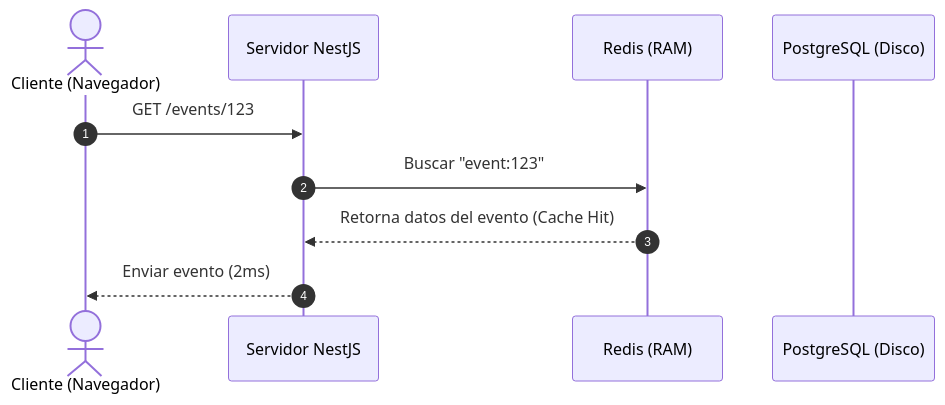
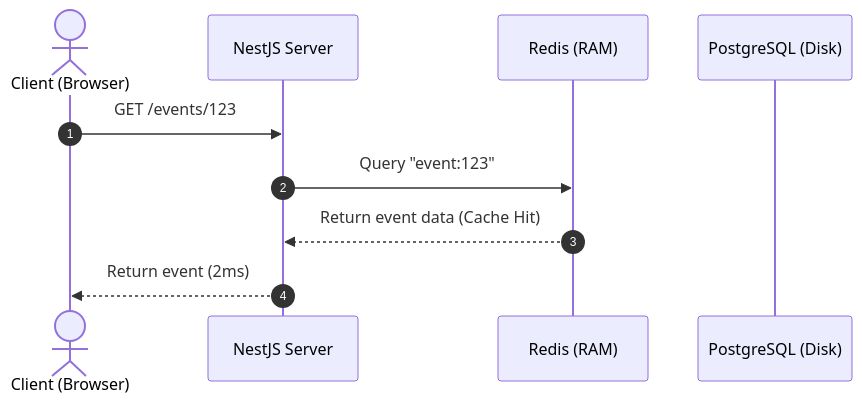
Before and after one commit to Catriel42/events-manager-jalau: the third of 4 diagrams in docs/rediszacion.md, drawn with Mermaid. The commit also changed other lines of this file, not shown here.

Commit message:
docs: translate redis architecture guide to English

````diff
--- a/docs/rediszacion.md
+++ b/docs/rediszacion.md
@@ -81,13 +81,13 @@
 ```mermaid
 sequenceDiagram
     autonumber
-    actor Cliente as Cliente (Navegador)
-    participant Servidor as Servidor NestJS
+    actor Client as Client (Browser)
+    participant Server as NestJS Server
     participant Redis as Redis (RAM)
-    participant Postgres as PostgreSQL (Disco)
+    participant Postgres as PostgreSQL (Disk)
 
-    Cliente->>Servidor: GET /events/123
-    Servidor->>Redis: Buscar "event:123"
-    Redis-->>Servidor: Retorna datos del evento (Cache Hit)
-    Servidor-->>Cliente: Enviar evento (2ms)
+    Client->>Server: GET /events/123
+    Server->>Redis: Query "event:123"
+    Redis-->>Server: Return event data (Cache Hit)
+    Server-->>Client: Return event (2ms)
 ```
````
